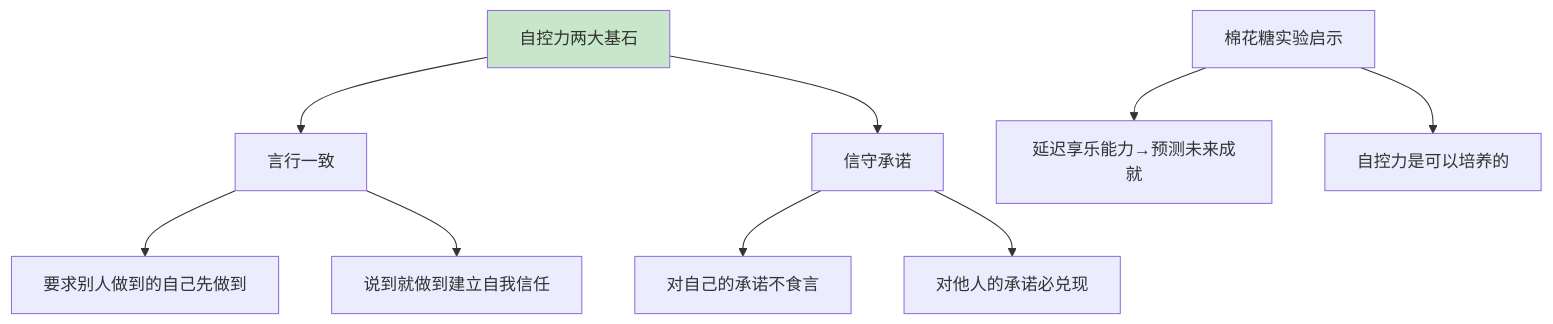
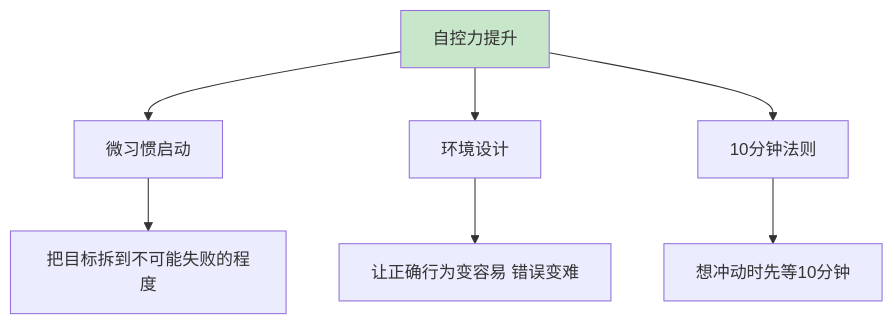
The third of 7 diagrams in 10.打工充平常记录/10.自我精进七课/07.底层思维的训练/7.2自我自控的调节.md (chongyang211/YCBookBlog), drawn with Mermaid before and after one commit. The commit also changed other lines of this file and 55 other files, not shown here.

````diff
--- a/10.打工充平常记录/10.自我精进七课/07.底层思维的训练/7.2自我自控的调节.md
+++ b/10.打工充平常记录/10.自我精进七课/07.底层思维的训练/7.2自我自控的调节.md
@@ -98,12 +99,10 @@
 ```mermaid
 graph TD
-    A[自控力两大基石] --> B[言行一致]
-    A --> C[信守承诺]
-    B --> B1[要求别人做到的自己先做到]
-    B --> B2[说到就做到建立自我信任]
-    C --> C1[对自己的承诺不食言]
-    C --> C2[对他人的承诺必兑现]
-    D[棉花糖实验启示] --> D1[延迟享乐能力→预测未来成就]
-    D --> D2[自控力是可以培养的]
+    A[自控力提升] --> B[微习惯启动]
+    A --> C[环境设计]
+    A --> D[10分钟法则]
+    B --> B1[把目标拆到不可能失败的程度]
+    C --> C1[让正确行为变容易 错误变难]
+    D --> D1[想冲动时先等10分钟]
     style A fill:#c8e6c9
 ```
````
